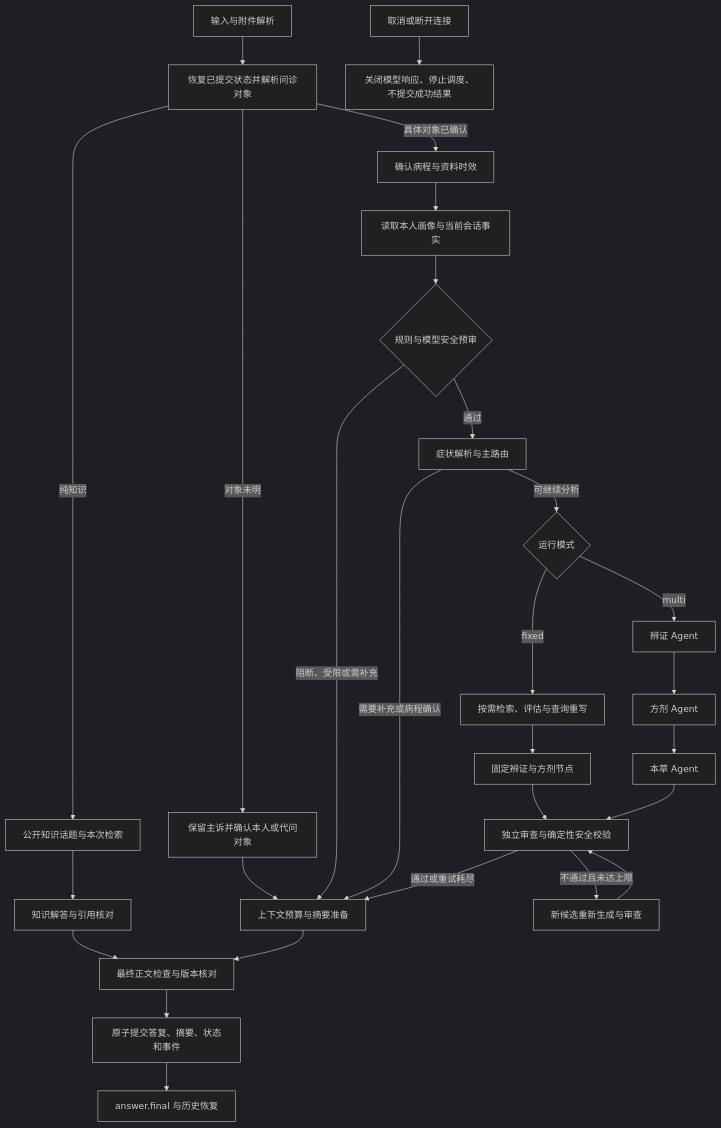
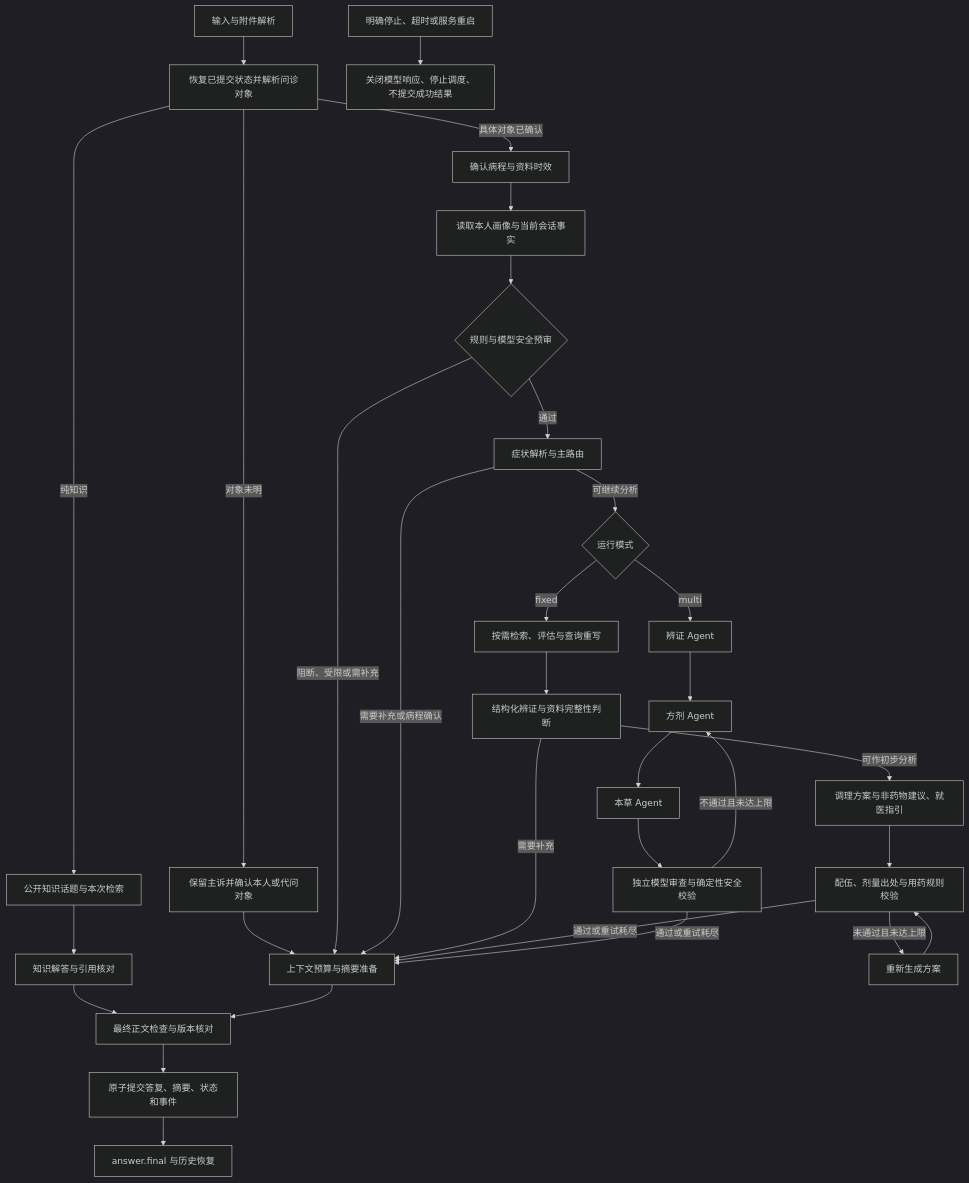
Before and after one commit to fancyncc/QiWen: the diagram in docs/agent.md, drawn with Mermaid (dark theme). The commit also changed other lines of this file and 66 other files, not shown here.

````diff
--- a/docs/agent.md
+++ b/docs/agent.md
@@ -11,30 +11,34 @@
 ```mermaid
 flowchart TD
     A[输入与附件解析] --> S[恢复已提交状态并解析问诊对象]
     S -->|纯知识| V[公开知识话题与本次检索]
     S -->|对象未明| W[保留主诉并确认本人或代问对象]
     S -->|具体对象已确认| EP[确认病程与资料时效]
     EP --> B[读取本人画像与当前会话事实]
     W --> N
     V --> VA[知识解答与引用核对]
     VA --> O
     B --> C{规则与模型安全预审}
     C -->|阻断、受限或需补充| N[上下文预算与摘要准备]
     C -->|通过| D[症状解析与主路由]
     D -->|需要补充或病程确认| N
     D -->|可继续分析| E{运行模式}
     E -->|fixed| F[按需检索、评估与查询重写]
-    F --> G[固定辨证与方剂节点]
+    F --> G[结构化辨证与资料完整性判断]
+    G -->|需要补充| N
+    G -->|可作初步分析| FT[调理方案与非药物建议、就医指引]
+    FT --> FK[配伍、剂量出处与用药规则校验]
+    FK -->|未通过且未达上限| FR[重新生成方案]
+    FR --> FK
+    FK -->|通过或重试耗尽| N
     E -->|multi| H[辨证 Agent]
     H --> I[方剂 Agent]
     I --> J[本草 Agent]
-    G --> K[独立审查与确定性安全校验]
-    J --> K
-    K -->|不通过且未达上限| L[新候选重新生成与审查]
-    L --> K
+    J --> K[独立模型审查与确定性安全校验]
+    K -->|不通过且未达上限| I
     K -->|通过或重试耗尽| N
     N --> O[最终正文检查与版本核对]
     O --> P[原子提交答复、摘要、状态和事件]
     P --> Q[answer.final 与历史恢复]
-    T[取消或断开连接] --> U[关闭模型响应、停止调度、不提交成功结果]
+    T[明确停止、超时或服务重启] --> U[关闭模型响应、停止调度、不提交成功结果]
 ```
````
